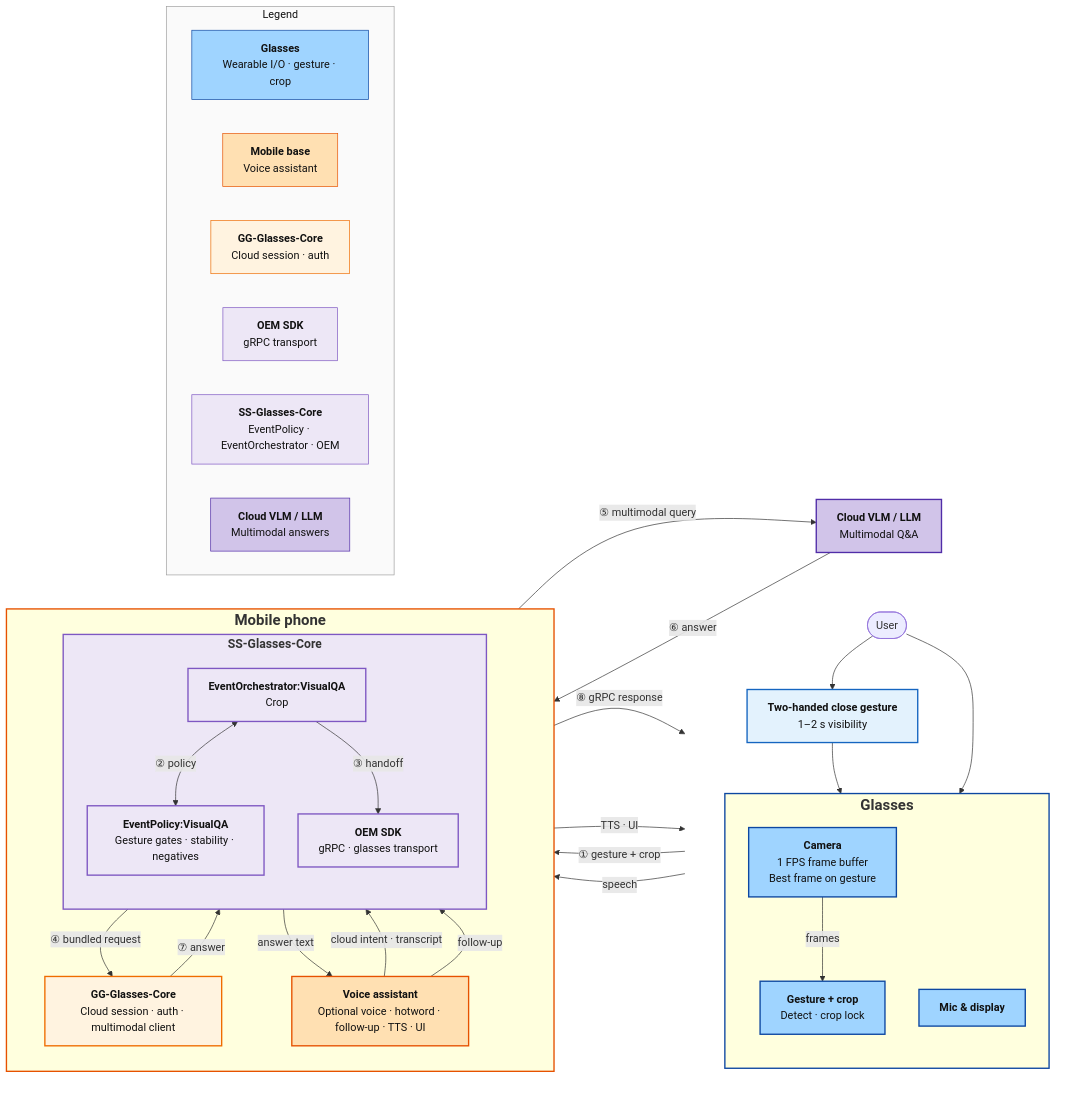
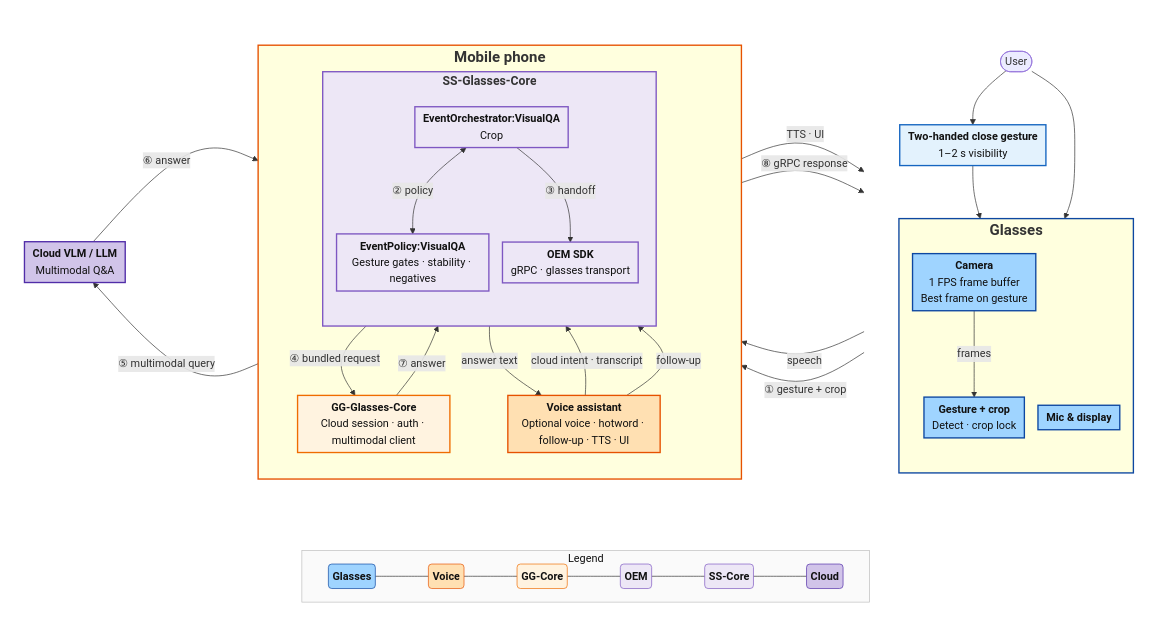
One commit to penkesiva/wer-26 changed the diagram in tmp/idea1_gesture_visual_qa_architecture.mermaid. Above: the diagram before and after it, drawn with Mermaid. The commit also changed 1 other file, not shown here.

Commit message:
docs(idea1): compact bottom legend and TB layout for architecture diagram
Outer top-bottom rows with tighter dagre spacing; single-line legend keyed
to component colors, nested under BottomDeck for bottom placement.

```diff
--- a/tmp/idea1_gesture_visual_qa_architecture.mermaid
+++ b/tmp/idea1_gesture_visual_qa_architecture.mermaid
@@ -1,100 +1,110 @@
 %% Idea 1 — Gesture-Driven Image Crop for Visual Q&A · mermaid.live
-%% LR columns: Glasses | Mobile (voice assistant inside) — Mic↔VA across column boundary
-%% No on-device VLM on phone: crop on glasses → orchestrator → GG-Glasses-Core ↔ Cloud VLM
+%% TB: main diagram row on top, compact legend row below (tighter padding via init)
 %% <b>…</b> = bold title inside a box
-%%{init: {'flowchart': {'htmlLabels': true}}}%%
+%%{init: {'flowchart': {'htmlLabels': true, 'padding': 6, 'nodeSpacing': 20, 'rankSpacing': 28}}}%%
 
-flowchart LR
-    subgraph GCol[" "]
-        direction TB
-        User([User])
-        TwoHand["<b>Two-handed close gesture</b><br/>1–2 s visibility"]
-        subgraph Glasses["<b><span style='font-size:22px'>Glasses</span></b>"]
+flowchart TB
+    subgraph MainRow[" "]
+        direction LR
+        subgraph GCol[" "]
             direction TB
-            Cam["<b>Camera</b><br/>1 FPS frame buffer<br/>Best frame on gesture"]
-            GestCrop["<b>Gesture + crop</b><br/>Detect · crop lock"]
-            Mic["<b>Mic & display</b>"]
+            User([User])
+            TwoHand["<b>Two-handed close gesture</b><br/>1–2 s visibility"]
+            subgraph Glasses["<b><span style='font-size:22px'>Glasses</span></b>"]
+                direction TB
+                Cam["<b>Camera</b><br/>1 FPS frame buffer<br/>Best frame on gesture"]
+                GestCrop["<b>Gesture + crop</b><br/>Detect · crop lock"]
+                Mic["<b>Mic & display</b>"]
+            end
+        end
+
+        subgraph Mobile["<b><span style='font-size:22px'>Mobile phone</span></b>"]
+            direction TB
+            VA["<b>Voice assistant</b><br/>Optional voice · hotword · follow-up · TTS · UI"]
+            subgraph SSGC["<b><span style='font-size:18px'>SS-Glasses-Core</span></b>"]
+                direction TB
+                PolicyVQ["<b>EventPolicy:VisualQA</b><br/>Gesture gates · stability · negatives"]
+                OrchVQ["<b>EventOrchestrator:VisualQA</b><br/>Crop"]
+                OEM["<b>OEM SDK</b><br/>gRPC · glasses transport"]
+            end
+            GGGC["<b>GG-Glasses-Core</b><br/>Cloud session · auth · multimodal client"]
+        end
+
+        CloudVLM["<b>Cloud VLM / LLM</b><br/>Multimodal Q&A"]
+    end
+
+    subgraph BottomDeck[" "]
+        direction RL
+        subgraph LegendRow["Legend"]
+            direction LR
+            LgG("<b>Glasses</b>")
+            LgM("<b>Voice</b>")
+            LgGG("<b>GG-Core</b>")
+            LgOEM("<b>OEM</b>")
+            LgS("<b>SS-Core</b>")
+            LgC("<b>Cloud</b>")
+            LgG --- LgM --- LgGG --- LgOEM --- LgS --- LgC
         end
     end
 
-    subgraph Mobile["<b><span style='font-size:22px'>Mobile phone</span></b>"]
-        direction TB
-        VA["<b>Voice assistant</b><br/>Optional voice · hotword · follow-up · TTS · UI"]
-        subgraph SSGC["<b><span style='font-size:18px'>SS-Glasses-Core</span></b>"]
-            direction TB
-            PolicyVQ["<b>EventPolicy:VisualQA</b><br/>Gesture gates · stability · negatives"]
-            OrchVQ["<b>EventOrchestrator:VisualQA</b><br/>Crop"]
-            OEM["<b>OEM SDK</b><br/>gRPC · glasses transport"]
-        end
-        GGGC["<b>GG-Glasses-Core</b><br/>Cloud session · auth · multimodal client"]
-    end
-
-    CloudVLM["<b>Cloud VLM / LLM</b><br/>Multimodal Q&A"]
-
-    subgraph Legend["Legend"]
-        direction LR
-        LgG["<b>Glasses</b><br/>Wearable I/O · gesture · crop"]
-        LgM["<b>Mobile base</b><br/>Voice assistant"]
-        LgGG["<b>GG-Glasses-Core</b><br/>Cloud session · auth"]
-        LgOEM["<b>OEM SDK</b><br/>gRPC transport"]
-        LgS["<b>SS-Glasses-Core</b><br/>EventPolicy · EventOrchestrator · OEM"]
-        LgC["<b>Cloud VLM / LLM</b><br/>Multimodal answers"]
-    end
+    MainRow ~~~ BottomDeck
 
     User --> TwoHand
     TwoHand --> GestCrop
     Cam -->|"frames"| GestCrop
     GestCrop -->|"① gesture + crop"| OrchVQ
     OrchVQ <-->|"② policy"| PolicyVQ
 
     OrchVQ -->|"③ handoff"| OEM
     OEM -->|"④ bundled request"| GGGC
     GGGC -->|"⑤ multimodal query"| CloudVLM
     CloudVLM -->|"⑥ answer"| GGGC
     GGGC -->|"⑦ answer"| OEM
     OEM -->|"⑧ gRPC response"| Mic
 
     OrchVQ -->|answer text| VA
     VA -->|cloud intent · transcript| OrchVQ
 
     User --> Mic
     Mic -->|speech| VA
     VA -->|TTS · UI| Mic
     VA -->|follow-up| OrchVQ
 
     classDef glasses fill:#9fd4ff,stroke:#0d47a1,color:#111,stroke-width:2px
     classDef mobile fill:#ffe0b2,stroke:#e65100,color:#111,stroke-width:2px
     classDef ggCore fill:#fff3e0,stroke:#ef6c00,color:#111,stroke-width:2px
     classDef oemSdk fill:#ede7f6,stroke:#7e57c2,color:#111,stroke-width:2px
     classDef ssCoreLight fill:#ede7f6,stroke:#7e57c2,color:#111,stroke-width:2px
     classDef cloudVlm fill:#d1c4e9,stroke:#512da8,color:#111,stroke-width:2px
     classDef legendGlasses fill:#9fd4ff,stroke:#0d47a1,color:#111
     classDef legendMobile fill:#ffe0b2,stroke:#e65100,color:#111
     classDef legendGG fill:#fff3e0,stroke:#ef6c00,color:#111
     classDef legendOEM fill:#ede7f6,stroke:#7e57c2,color:#111
     classDef legendSS fill:#ede7f6,stroke:#7e57c2,color:#111
     classDef legendCloud fill:#d1c4e9,stroke:#512da8,color:#111
-    classDef legendFrame fill:#fafafa,stroke:#9e9e9e,color:#111
     classDef colHidden fill:none,stroke:none,color:#111
     classDef userGesture fill:#e3f2fd,stroke:#1565c0,color:#111,stroke-width:2px
 
     style SSGC fill:#ede7f6,stroke:#7e57c2,stroke-width:2px
     style GCol fill:none,stroke:none
     style Glasses stroke:#0d47a1,stroke-width:2px
     style Mobile stroke:#e65100,stroke-width:2px
+    style MainRow fill:none,stroke:none
+    style LegendRow fill:#fafafa,stroke:#bdbdbd,color:#111,stroke-width:1px
+    style BottomDeck fill:none,stroke:none
 
     class TwoHand userGesture
     class Cam,Mic,GestCrop glasses
     class VA mobile
     class GGGC ggCore
     class OEM oemSdk
     class PolicyVQ,OrchVQ ssCoreLight
     class CloudVLM cloudVlm
     class GCol colHidden
-    class Legend legendFrame
+
     class LgG legendGlasses
     class LgM legendMobile
     class LgGG legendGG
     class LgOEM legendOEM
     class LgS legendSS
     class LgC legendCloud
```
